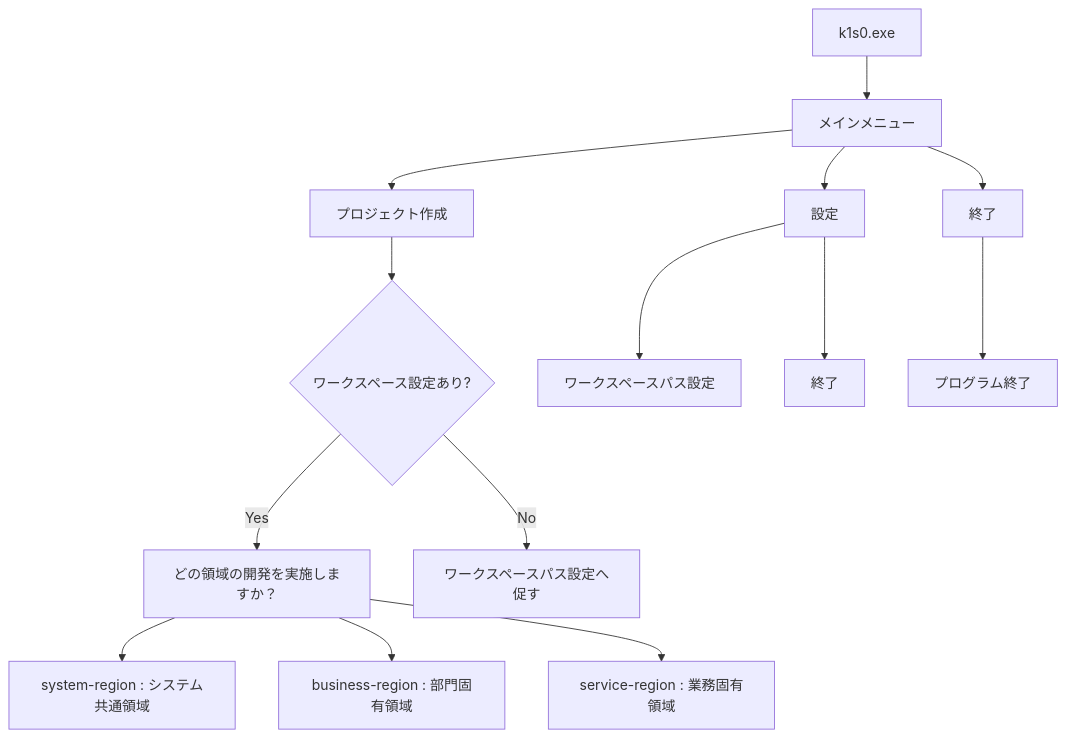
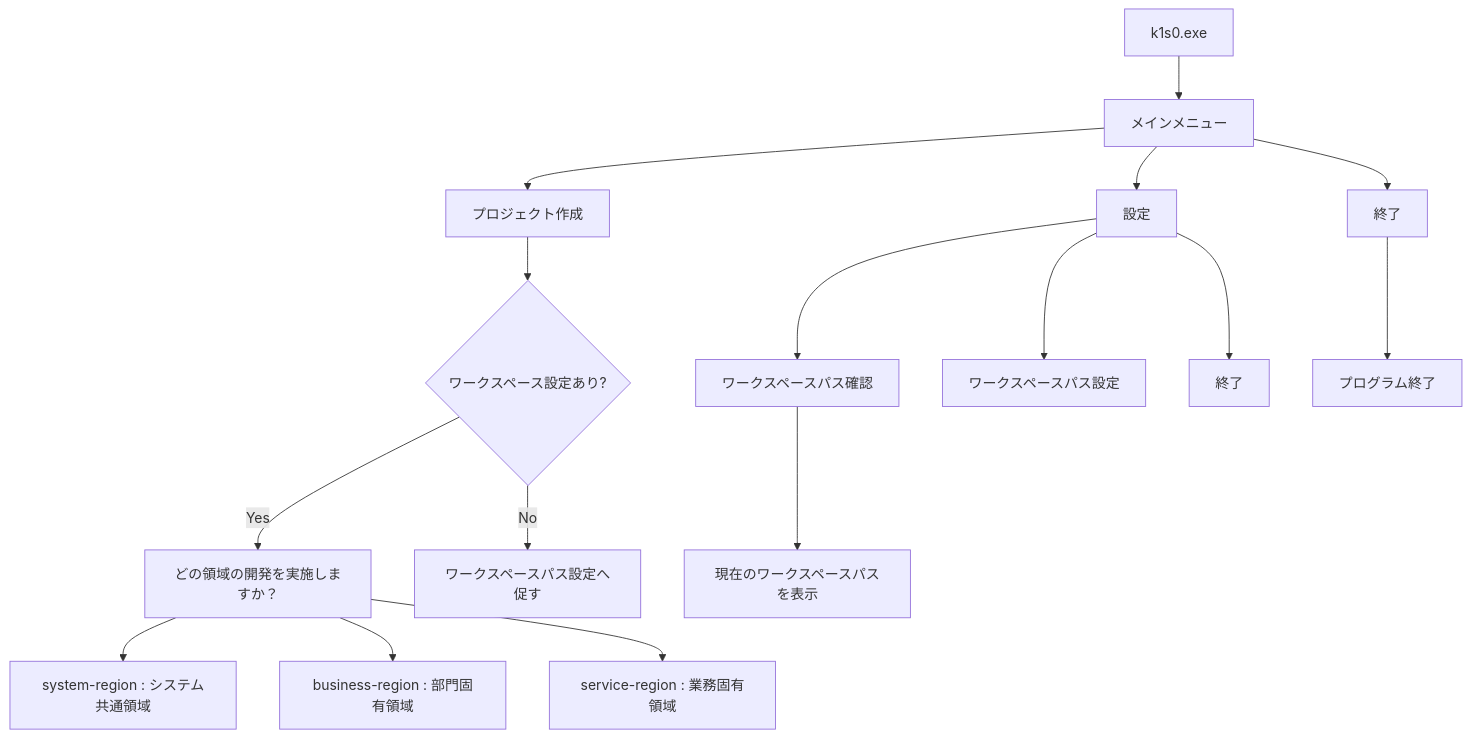
The diagram in docs/CLI設計書.md (RyuheiKiso/k1s0), drawn with Mermaid before and after one commit. The commit also changed 4 other files, not shown here.

````diff
--- a/docs/CLI設計書.md
+++ b/docs/CLI設計書.md
@@ -13,20 +13,23 @@
 ```mermaid
 flowchart TD
     A["k1s0.exe"] --> B["メインメニュー"]
 
     B --> C["プロジェクト作成"]
     B --> D["設定"]
     B --> E["終了"]
 
     C --> F{"ワークスペース設定あり?"}
     F -->|Yes| G["どの領域の開発を実施しますか？"]
     G --> G1["system-region : システム共通領域"]
     G --> G2["business-region : 部門固有領域"]
     G --> G3["service-region : 業務固有領域"]
     F -->|No| H["ワークスペースパス設定へ促す"]
 
-    D --> I["ワークスペースパス設定"]
+    D --> I["ワークスペースパス確認"]
+    D --> L["ワークスペースパス設定"]
     D --> J["終了"]
+
+    I --> I1["現在のワークスペースパスを表示"]
 
     E --> K["プログラム終了"]
 ```
````
